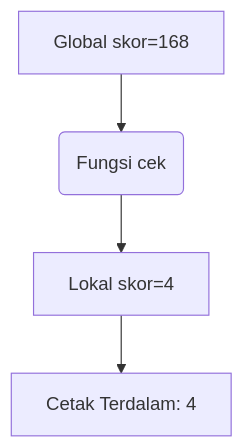
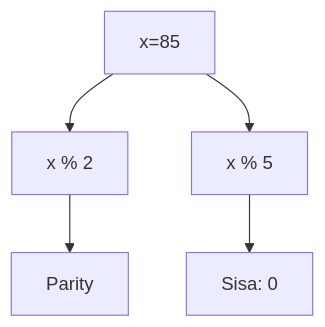
The fourth of 25 diagrams in part-c-pemahaman-cpp/04-fungsi/latihan/set-12.md (amnahwaida/OSNK_INF_PREP), drawn with Mermaid before and after one commit. The commit also changed other lines of this file and 71 other files, not shown here.

````diff
--- a/part-c-pemahaman-cpp/04-fungsi/latihan/set-12.md
+++ b/part-c-pemahaman-cpp/04-fungsi/latihan/set-12.md
@@ -127,6 +116,7 @@
 ```mermaid
 graph TD
-    A[Global skor=168] --> B(Fungsi cek)
-    B --> C[Lokal skor=4]
-    C --> D[Cetak Terdalam: 4]
+A[x=85] --> B[x % 2]
+B --> C[Parity]
+A --> D[x % 5]
+D --> E[Sisa: 0]
 ```
````
